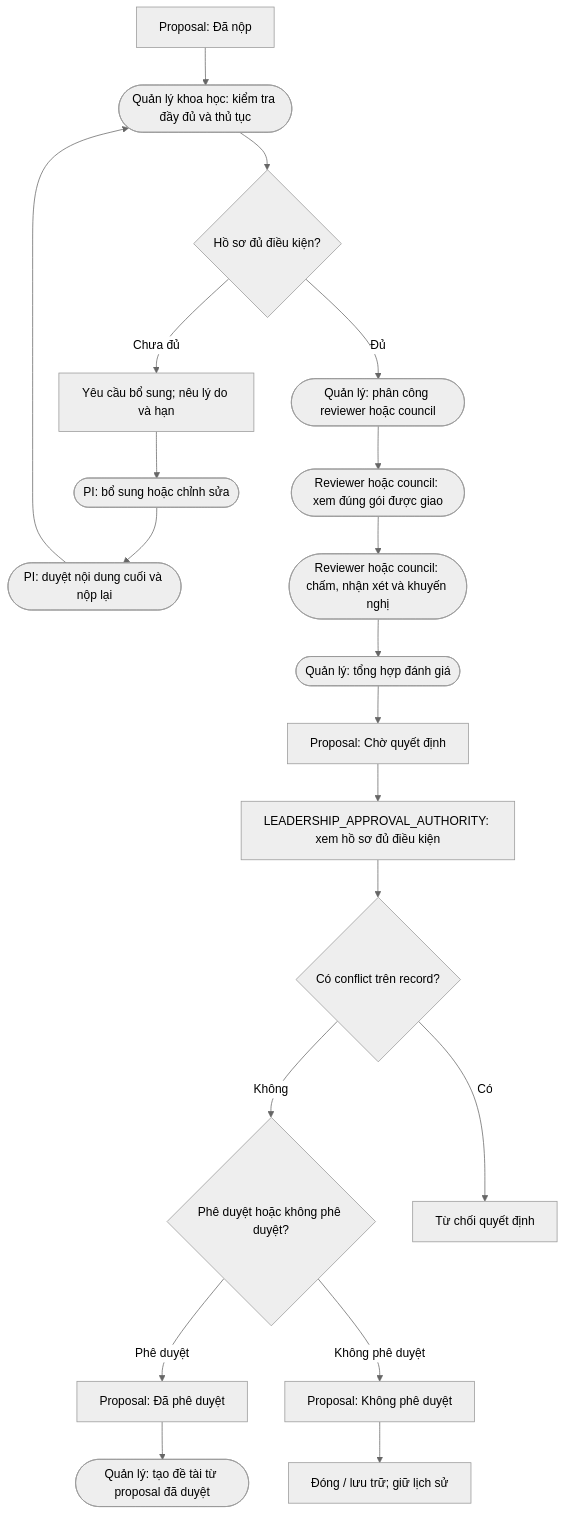
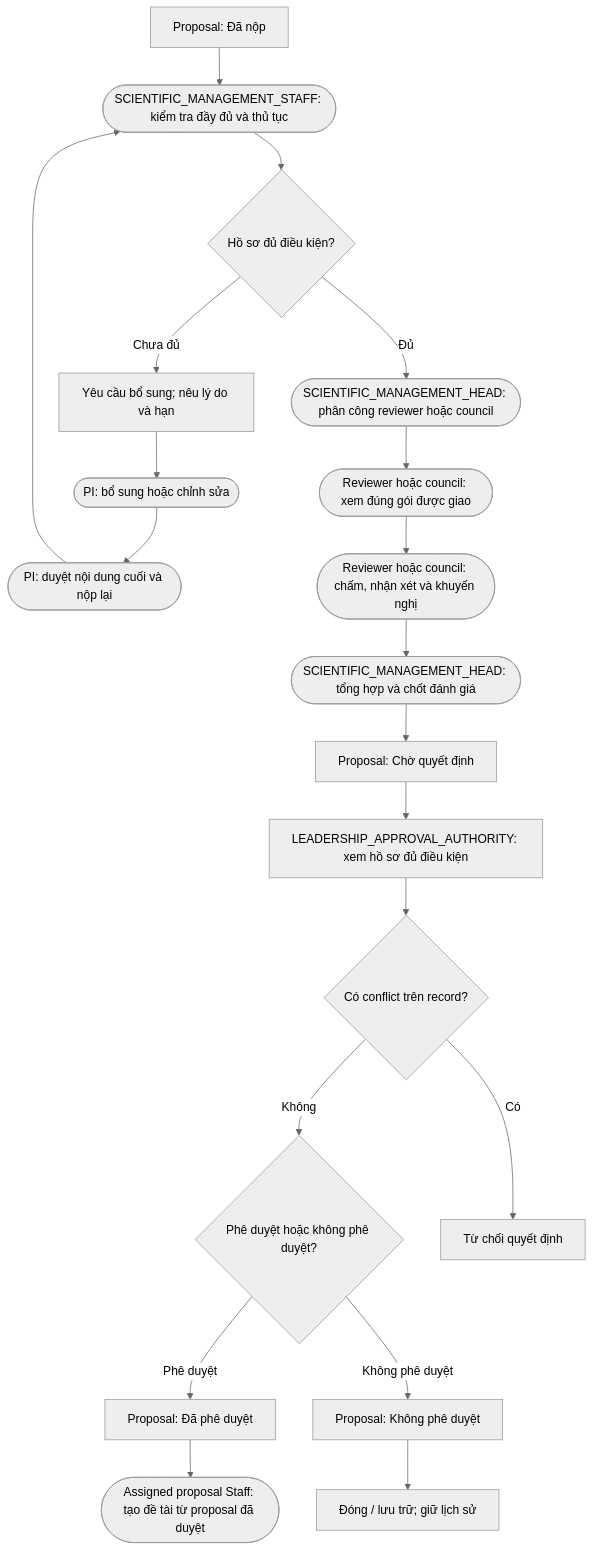
The diagram in docs/diagrams/approval.md (thanhdotien278/DocManS), drawn with Mermaid (neutral theme) before and after one commit. The commit also changed other lines of this file and 38 other files, not shown here.

````diff
--- a/docs/diagrams/approval.md
+++ b/docs/diagrams/approval.md
@@ -3,29 +3,29 @@
 ```mermaid
 flowchart TD
   submitted["Proposal: Đã nộp"]
-  completeness(["Quản lý khoa học: kiểm tra đầy đủ và thủ tục"])
+  completeness(["SCIENTIFIC_MANAGEMENT_STAFF: kiểm tra đầy đủ và thủ tục"])
   complete{"Hồ sơ đủ điều kiện?"}
   supplement["Yêu cầu bổ sung; nêu lý do và hạn"]
   pi_correct(["PI: bổ sung hoặc chỉnh sửa"])
   resubmit(["PI: duyệt nội dung cuối và nộp lại"])
-  assign(["Quản lý: phân công reviewer hoặc council"])
+  assign(["SCIENTIFIC_MANAGEMENT_HEAD: phân công reviewer hoặc council"])
   review(["Reviewer hoặc council: xem đúng gói được giao"])
   score(["Reviewer hoặc council: chấm, nhận xét và khuyến nghị"])
-  consolidate(["Quản lý: tổng hợp đánh giá"])
+  consolidate(["SCIENTIFIC_MANAGEMENT_HEAD: tổng hợp và chốt đánh giá"])
   ready["Proposal: Chờ quyết định"]
   authority["LEADERSHIP_APPROVAL_AUTHORITY: xem hồ sơ đủ điều kiện"]
   conflict{"Có conflict trên record?"}
   decision{"Phê duyệt hoặc không phê duyệt?"}
   approved["Proposal: Đã phê duyệt"]
   rejected["Proposal: Không phê duyệt"]
   archive["Đóng / lưu trữ; giữ lịch sử"]
-  project(["Quản lý: tạo đề tài từ proposal đã duyệt"])
+  project(["Assigned proposal Staff: tạo đề tài từ proposal đã duyệt"])
 
   submitted --> completeness --> complete
   complete -- "Chưa đủ" --> supplement --> pi_correct --> resubmit --> completeness
   complete -- "Đủ" --> assign --> review --> score --> consolidate --> ready --> authority --> conflict
   conflict -- "Có" --> denied["Từ chối quyết định"]
   conflict -- "Không" --> decision
   decision -- "Phê duyệt" --> approved --> project
   decision -- "Không phê duyệt" --> rejected --> archive
 ```
````
